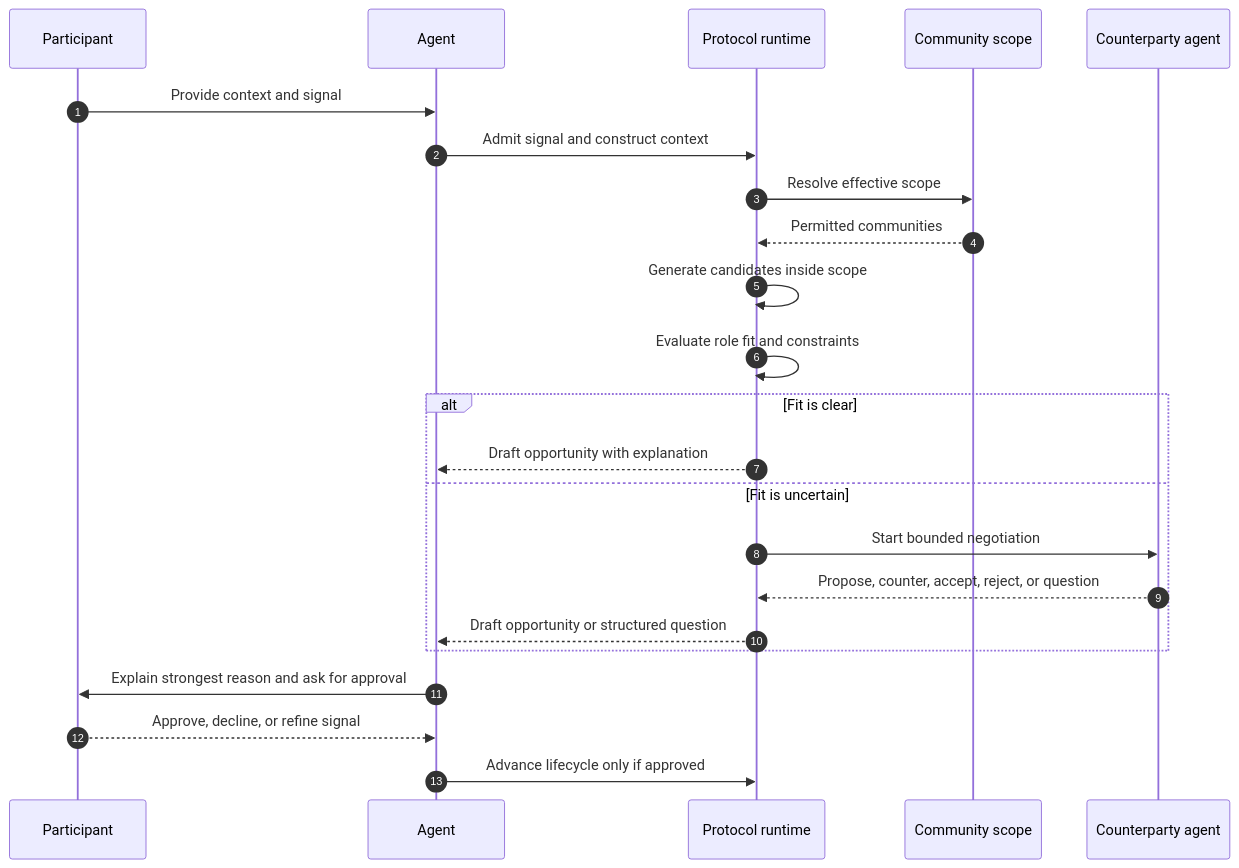
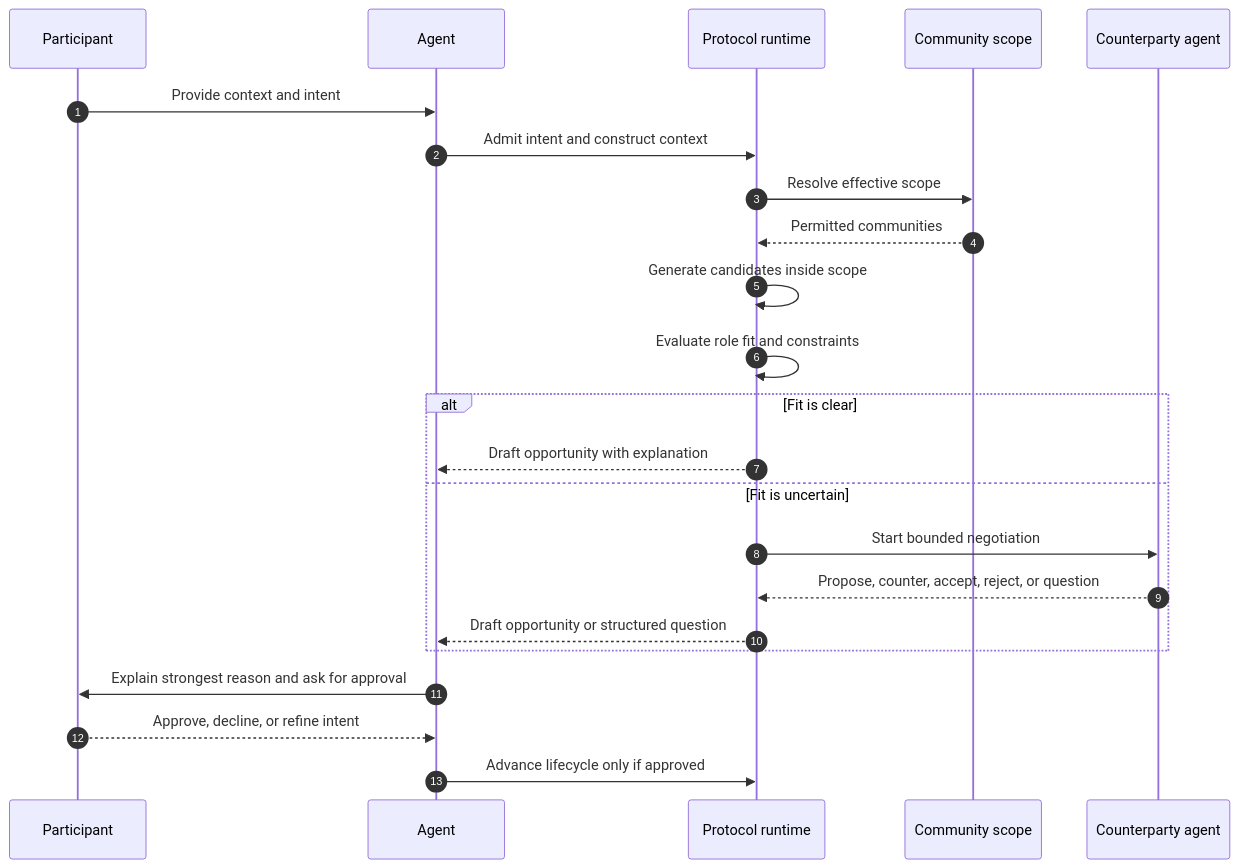
The fifth of 6 diagrams in packages/protocol/README.md (indexnetwork/index), drawn with Mermaid before and after one commit. The commit also changed other lines of this file and 199 other files, not shown here.

Commit message:
Rename signal to intent everywhere, with a migration for stored onboarding and opportunity interpretation data.

````diff
--- a/packages/protocol/README.md
+++ b/packages/protocol/README.md
@@ -287,26 +287,26 @@
 ```mermaid
 sequenceDiagram
     autonumber
     participant P as Participant
     participant A as Agent
     participant PR as Protocol runtime
     participant C as Community scope
     participant N as Counterparty agent
 
-    P->>A: Provide context and signal
-    A->>PR: Admit signal and construct context
+    P->>A: Provide context and intent
+    A->>PR: Admit intent and construct context
     PR->>C: Resolve effective scope
     C-->>PR: Permitted communities
     PR->>PR: Generate candidates inside scope
     PR->>PR: Evaluate role fit and constraints
     alt Fit is clear
         PR-->>A: Draft opportunity with explanation
     else Fit is uncertain
         PR->>N: Start bounded negotiation
         N-->>PR: Propose, counter, accept, reject, or question
         PR-->>A: Draft opportunity or structured question
     end
     A->>P: Explain strongest reason and ask for approval
-    P-->>A: Approve, decline, or refine signal
+    P-->>A: Approve, decline, or refine intent
     A->>PR: Advance lifecycle only if approved
 ```
````
